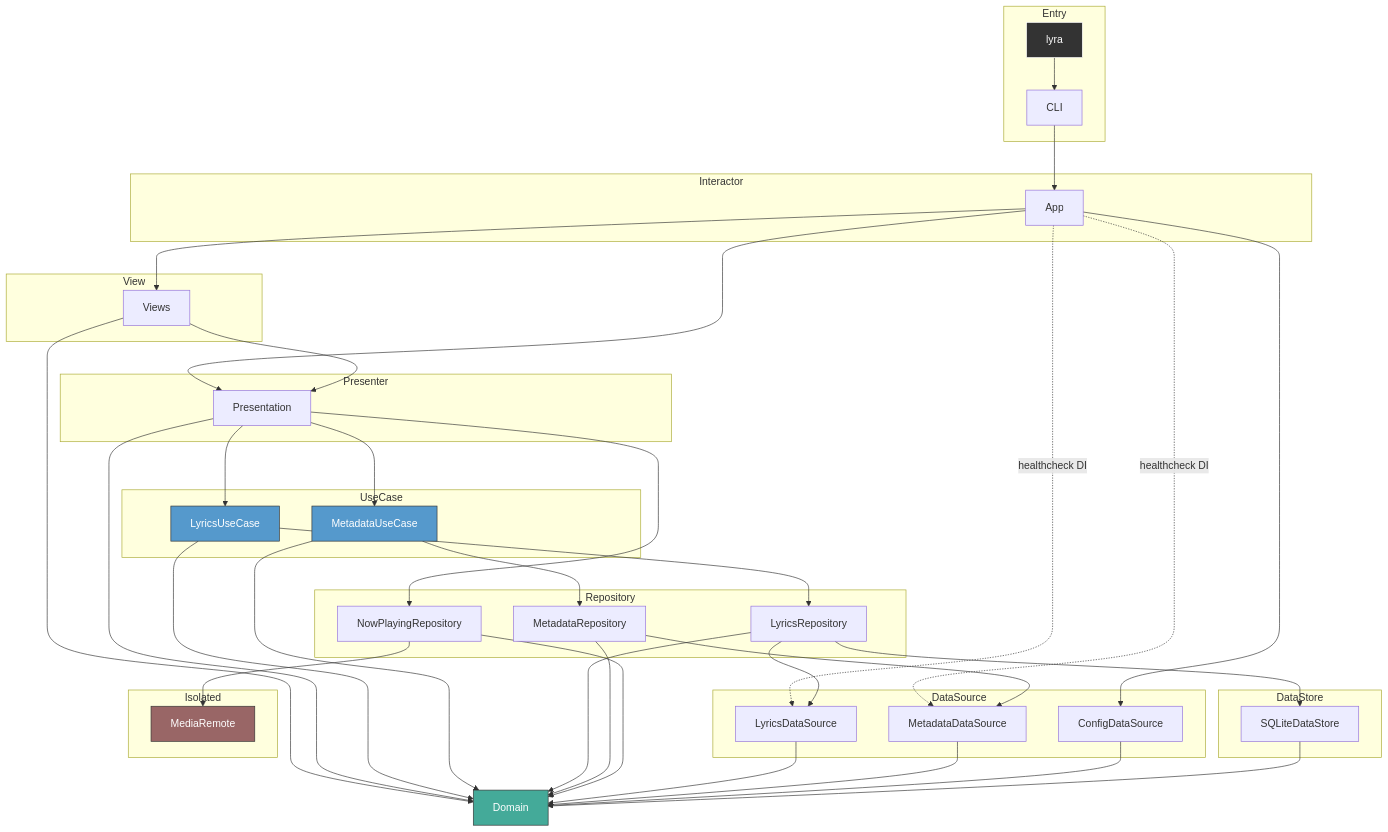
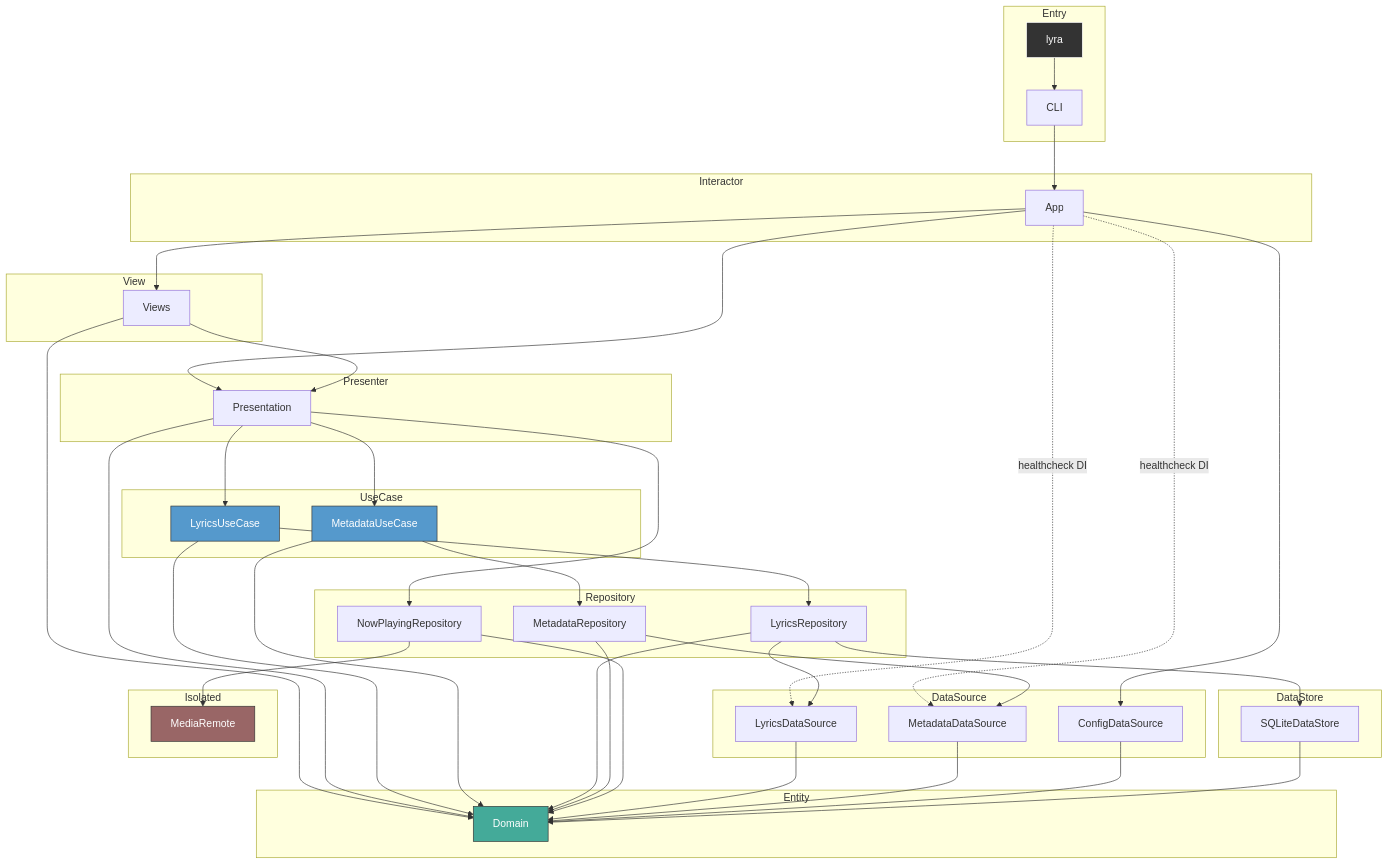
The diagram in CLAUDE.md (GeneralD/backdrop), drawn with Mermaid before and after one commit.

Commit message:
docs: restore subgraph layout for all layers in Mermaid diagram

````diff
--- a/CLAUDE.md
+++ b/CLAUDE.md
@@ -22,68 +22,70 @@
 ```mermaid
 graph TD
     subgraph Entry
         lyra[lyra]
         CLI[CLI]
     end
 
     subgraph View
         Views[Views]
     end
 
     subgraph Interactor
         App[App]
     end
 
     subgraph Presenter
         Presentation[Presentation]
+    end
+
+    subgraph Entity
+        Domain[Domain]
     end
 
     subgraph UseCase
         LyricsUseCase[LyricsUseCase]
         MetadataUseCase[MetadataUseCase]
     end
 
     subgraph Repository
         LyricsRepository[LyricsRepository]
         MetadataRepository[MetadataRepository]
         NowPlayingRepository[NowPlayingRepository]
     end
 
     subgraph DataSource
         LyricsDataSource[LyricsDataSource]
         MetadataDataSource[MetadataDataSource]
         ConfigDataSource[ConfigDataSource]
     end
 
     subgraph DataStore
         SQLiteDataStore[SQLiteDataStore]
     end
 
     subgraph Isolated
         MediaRemote[MediaRemote]
     end
 
-    Domain[Domain]
-
     lyra --> CLI
     CLI --> App
     App --> Views & Presentation & ConfigDataSource
     App -.->|healthcheck DI| LyricsDataSource & MetadataDataSource
     Views --> Presentation & Domain
     Presentation --> LyricsUseCase & MetadataUseCase & NowPlayingRepository & Domain
     LyricsUseCase --> LyricsRepository & Domain
     MetadataUseCase --> MetadataRepository & Domain
     LyricsRepository --> LyricsDataSource & SQLiteDataStore & Domain
     MetadataRepository --> MetadataDataSource & Domain
     NowPlayingRepository --> MediaRemote & Domain
     LyricsDataSource --> Domain
     MetadataDataSource --> Domain
     ConfigDataSource --> Domain
     SQLiteDataStore --> Domain
 
     style Domain fill:#4a9,stroke:#333,color:#fff
     style LyricsUseCase fill:#59c,stroke:#333,color:#fff
     style MetadataUseCase fill:#59c,stroke:#333,color:#fff
     style MediaRemote fill:#966,stroke:#333,color:#fff
     style lyra fill:#333,stroke:#fff,color:#fff
 ```
````
